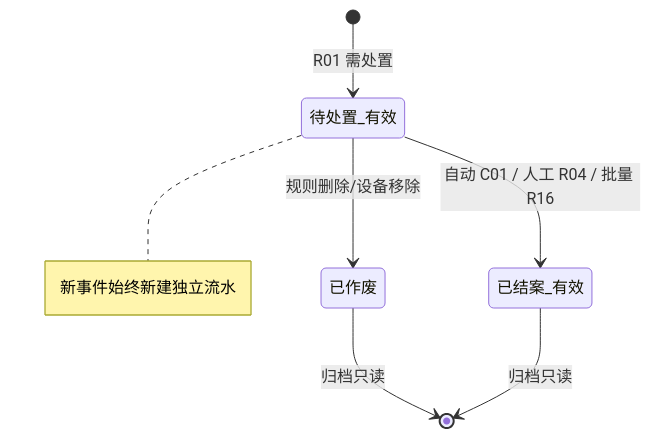
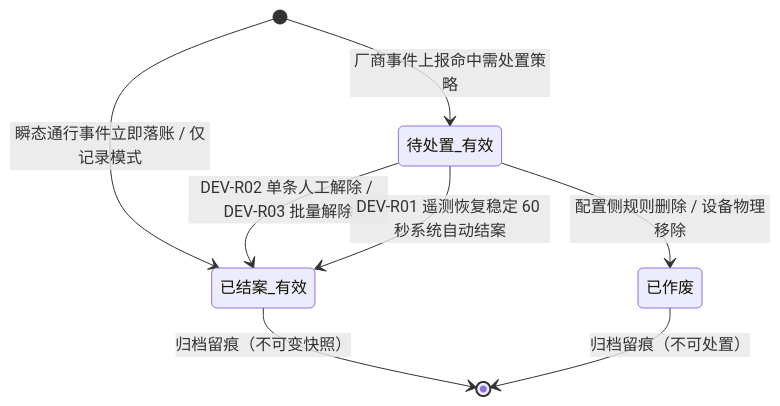
One commit to RobertHuang999/SYZC changed the second of 2 diagrams in 02-PRD文档/B-迭代需求/6.2版本（2026.08）/02-预警信息/01设备预警信息/设备预警信息主PRD.md. Above: the diagram before and after it, drawn with Mermaid. The commit also changed other lines of this file and 146 other files, not shown here.

````diff
--- a/02-PRD文档/B-迭代需求/6.2版本（2026.08）/02-预警信息/01设备预警信息/设备预警信息主PRD.md
+++ b/02-PRD文档/B-迭代需求/6.2版本（2026.08）/02-预警信息/01设备预警信息/设备预警信息主PRD.md
@@ -258,9 +112,10 @@
 ```mermaid
 stateDiagram-v2
-    [*] --> 待处置_有效: R01 需处置
-    待处置_有效 --> 已作废: 规则删除/设备移除
-    待处置_有效 --> 已结案_有效: 自动 C01 / 人工 R04 / 批量 R16
-    已作废 --> [*]: 归档只读
-    已结案_有效 --> [*]: 归档只读
-    note right of 待处置_有效: 新事件始终新建独立流水
+    [*] --> 待处置_有效 : 厂商事件上报命中需处置策略
+    [*] --> 已结案_有效 : 瞬态通行事件立即落账 / 仅记录模式
+    待处置_有效 --> 已结案_有效 : DEV-R02 单条人工解除 / DEV-R03 批量解除
+    待处置_有效 --> 已结案_有效 : DEV-R01 遥测恢复稳定 60 秒系统自动结案
+    待处置_有效 --> 已作废 : 配置侧规则删除 / 设备物理移除
+    已结案_有效 --> [*] : 归档留痕（不可变快照）
+    已作废 --> [*] : 归档留痕（不可处置）
 ```
````
